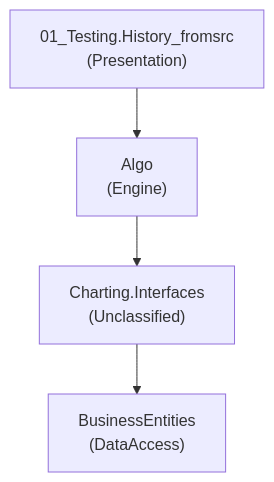
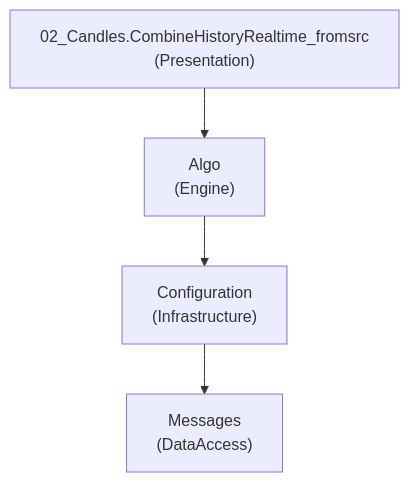
Before and after one commit to GanizaniSitara/tools-static-analysis: the diagram in output-stocksharp/docs/diagrams/flow-path-7.mmd, drawn with Mermaid. The commit also changed 27 other files, not shown here.

```diff
--- a/output-stocksharp/docs/diagrams/flow-path-7.mmd
+++ b/output-stocksharp/docs/diagrams/flow-path-7.mmd
@@ -1,8 +1,8 @@
 graph TD
-    01_Testing_History_fromsrc["01_Testing.History_fromsrc\n(Presentation)"]
+    02_Candles_CombineHistoryRealtime_fromsrc["02_Candles.CombineHistoryRealtime_fromsrc\n(Presentation)"]
     Algo["Algo\n(Engine)"]
-    01_Testing_History_fromsrc --> Algo
-    Charting_Interfaces["Charting.Interfaces\n(Unclassified)"]
-    Algo --> Charting_Interfaces
-    BusinessEntities["BusinessEntities\n(DataAccess)"]
-    Charting_Interfaces --> BusinessEntities
+    02_Candles_CombineHistoryRealtime_fromsrc --> Algo
+    Configuration["Configuration\n(Infrastructure)"]
+    Algo --> Configuration
+    Messages["Messages\n(DataAccess)"]
+    Configuration --> Messages
```
